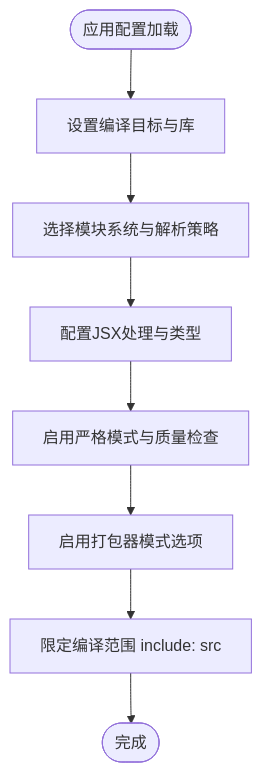
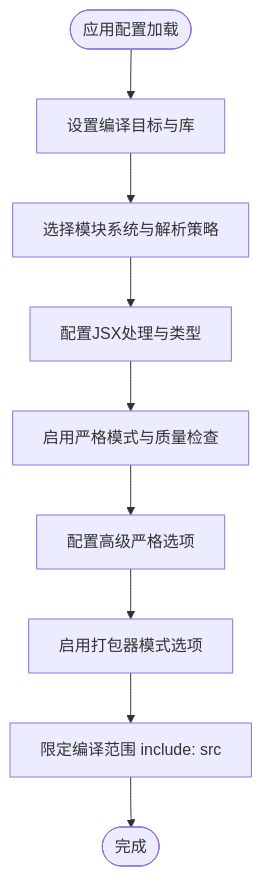
Before and after one commit to xianjianshenqu/SalesFlow-CRM: the third of 6 diagrams in .qoder/repowiki/zh/content/开发指南/TypeScript配置.md, drawn with Mermaid. The commit also changed other lines of this file and 17 other files, not shown here.

````diff
--- a/.qoder/repowiki/zh/content/开发指南/TypeScript配置.md
+++ b/.qoder/repowiki/zh/content/开发指南/TypeScript配置.md
@@ -148,10 +160,11 @@
 ```mermaid
 flowchart TD
 Start(["应用配置加载"]) --> Target["设置编译目标与库"]
 Target --> Module["选择模块系统与解析策略"]
 Module --> JSX["配置JSX处理与类型"]
 JSX --> Strict["启用严格模式与质量检查"]
-Strict --> Bundler["启用打包器模式选项"]
+Strict --> Advanced["配置高级严格选项"]
+Advanced --> Bundler["启用打包器模式选项"]
 Bundler --> Include["限定编译范围 include: src"]
 Include --> End(["完成"])
 ```
````
